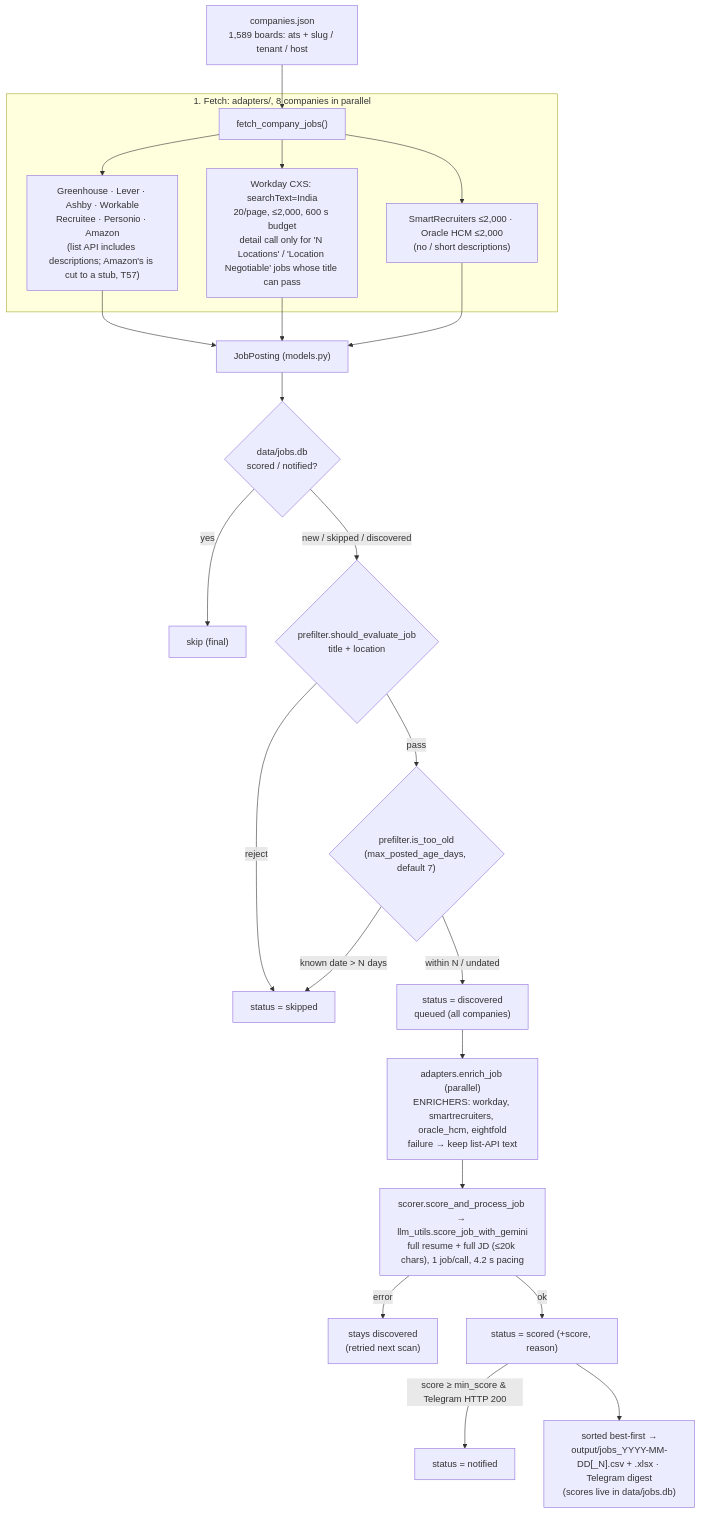
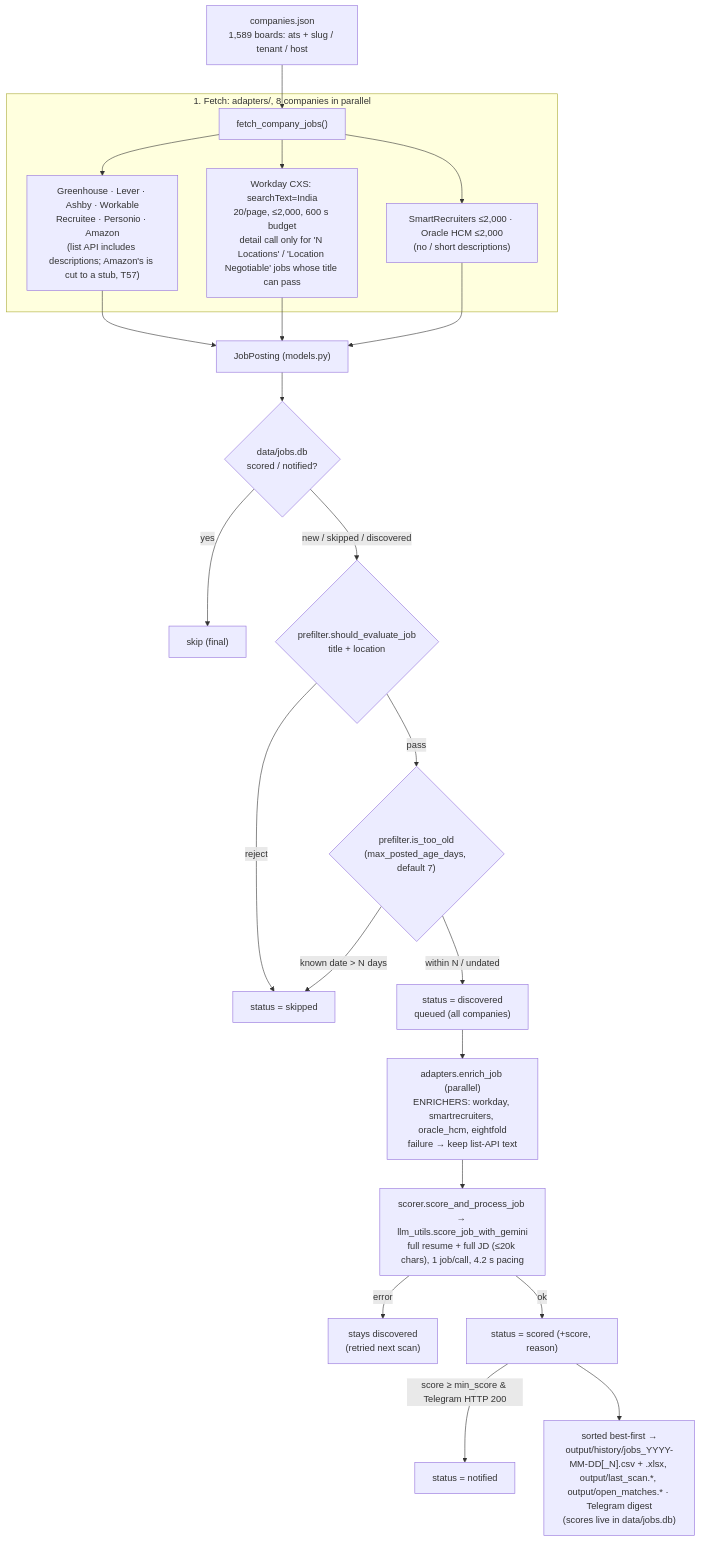
The diagram in ARCHITECTURE.md (Manish814142/rolesight), drawn with Mermaid before and after one commit. The commit also changed other lines of this file and 35 other files, not shown here.

Commit message:
T130: a clean output/ (fixed open_matches.* and last_scan.*, dated files in history/, drafts in drafts/), a locked fixed file is a warning, and the link-click note in the guides

````diff
--- a/ARCHITECTURE.md
+++ b/ARCHITECTURE.md
@@ -19,25 +19,25 @@
 ```mermaid
 flowchart TD
     COMP["companies.json<br/>1,589 boards: ats + slug / tenant / host"] --> FETCH
     subgraph Fetch ["1. Fetch: adapters/, 8 companies in parallel"]
         FETCH["fetch_company_jobs()"] --> LISTAPI["Greenhouse · Lever · Ashby · Workable<br/>Recruitee · Personio · Amazon<br/>(list API includes descriptions; Amazon's is cut to a stub, T57)"]
         FETCH --> WD["Workday CXS: searchText=India<br/>20/page, ≤2,000, 600 s budget<br/>detail call only for 'N Locations' / 'Location Negotiable' jobs whose title can pass"]
         FETCH --> SROH["SmartRecruiters ≤2,000 · Oracle HCM ≤2,000<br/>(no / short descriptions)"]
     end
     LISTAPI --> JP["JobPosting (models.py)"]
     WD --> JP
     SROH --> JP
     JP --> DEDUP{"data/jobs.db<br/>scored / notified?"}
     DEDUP -- yes --> SKIPF["skip (final)"]
     DEDUP -- "new / skipped / discovered" --> PF{"prefilter.should_evaluate_job<br/>title + location"}
     PF -- reject --> SKIPPED["status = skipped"]
     PF -- pass --> AGE{"prefilter.is_too_old<br/>(max_posted_age_days, default 7)"}
     AGE -- "known date > N days" --> SKIPPED
     AGE -- "within N / undated" --> QUEUE["status = discovered<br/>queued (all companies)"]
     QUEUE --> ENRICH["adapters.enrich_job (parallel)<br/>ENRICHERS: workday, smartrecruiters, oracle_hcm, eightfold<br/>failure → keep list-API text"]
     ENRICH --> SCORE["scorer.score_and_process_job → llm_utils.score_job_with_gemini<br/>full resume + full JD (≤20k chars), 1 job/call, 4.2 s pacing"]
     SCORE -- error --> DISC["stays discovered<br/>(retried next scan)"]
     SCORE -- ok --> SCORED["status = scored (+score, reason)"]
     SCORED -- "score ≥ min_score & Telegram HTTP 200" --> NOTIFIED["status = notified"]
-    SCORED --> OUT["sorted best-first →<br/>output/jobs_YYYY-MM-DD[_N].csv + .xlsx · Telegram digest<br/>(scores live in data/jobs.db)"]
+    SCORED --> OUT["sorted best-first →<br/>output/history/jobs_YYYY-MM-DD[_N].csv + .xlsx, output/last_scan.*, output/open_matches.* · Telegram digest<br/>(scores live in data/jobs.db)"]
 ```
````
